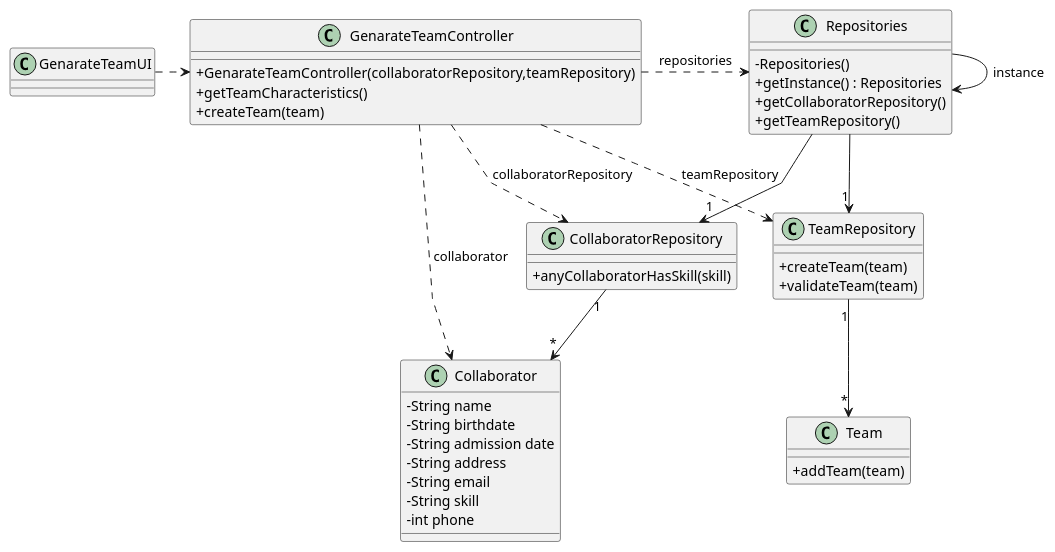
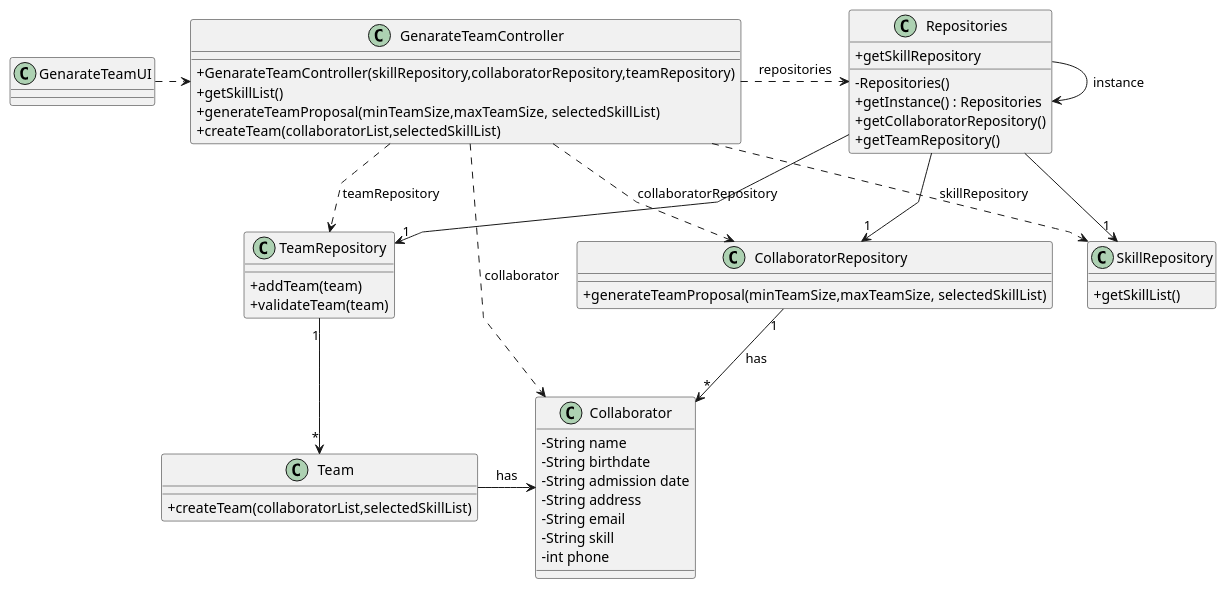
Before and after one commit to Departamento-de-Engenharia-Informatica/lei-24-s2-1dkl-g134: the diagram in docs/sprintB/us005/03.design/puml/us005-class-diagram.puml, drawn with PlantUML.

Commit message:
US005(update Class diagram)

```diff
--- a/docs/sprintB/us005/03.design/puml/us005-class-diagram.puml
+++ b/docs/sprintB/us005/03.design/puml/us005-class-diagram.puml
@@ -1,75 +1,85 @@
 @startuml
 'skinparam monochrome true
 skinparam packageStyle rectangle
 skinparam shadowing false
 skinparam linetype polyline
 'skinparam linetype orto
 
 skinparam classAttributeIconSize 0
 
 'left to right direction
 class GenarateTeamUI {
 }
 
 class GenarateTeamController {
-+GenarateTeamController(collaboratorRepository,teamRepository)
-+getTeamCharacteristics()
-+createTeam(team)
+    +GenarateTeamController(skillRepository,collaboratorRepository,teamRepository)
+    + getSkillList()
+    + generateTeamProposal(minTeamSize,maxTeamSize, selectedSkillList)
+    + createTeam(collaboratorList,selectedSkillList)
 }
 
 
 class Repositories {
     - Repositories()
     + getInstance() : Repositories
+    + getSkillRepository
     + getCollaboratorRepository()
     + getTeamRepository()
 }
 
+class SkillRepository{
+    + getSkillList()
+}
+
 class CollaboratorRepository {
-    + anyCollaboratorHasSkill(skill)
+
+    + generateTeamProposal(minTeamSize,maxTeamSize, selectedSkillList)
 }
 
 class TeamRepository {
-    + createTeam(team)
+    + addTeam(team)
     + validateTeam(team)
 }
 
 class Collaborator {
     - String name
     - String birthdate
     - String admission date
     - String address
     - String email
     - String skill
     - int phone
 
 }
 
 class Team{
-+addTeam(team)
+    + createTeam(collaboratorList,selectedSkillList)
 
 }
 
 
 
 
 
 
 
 
 
 
 
 
 Repositories -> Repositories : instance
 GenarateTeamUI .> GenarateTeamController
 GenarateTeamController .> Repositories : repositories
 Repositories -> "1" CollaboratorRepository
-GenarateTeamController ..> Collaborator: collaborator
+Repositories -> "1" TeamRepository
+Repositories -> "1" SkillRepository
+GenarateTeamController ..> SkillRepository : skillRepository
 GenarateTeamController ..> TeamRepository : teamRepository
 GenarateTeamController ..> CollaboratorRepository : collaboratorRepository
-Repositories --> "1" TeamRepository
-CollaboratorRepository "1" --> "*" Collaborator
+GenarateTeamController ..> Collaborator: collaborator
+CollaboratorRepository "1" --> "*" Collaborator: has
 TeamRepository "1" --> "*" Team
+Team -> Collaborator: has
 
 @enduml
```
